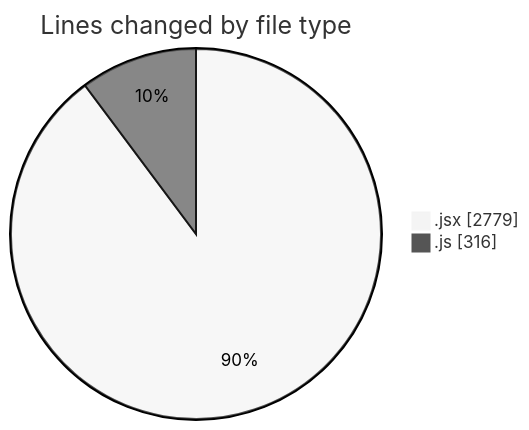
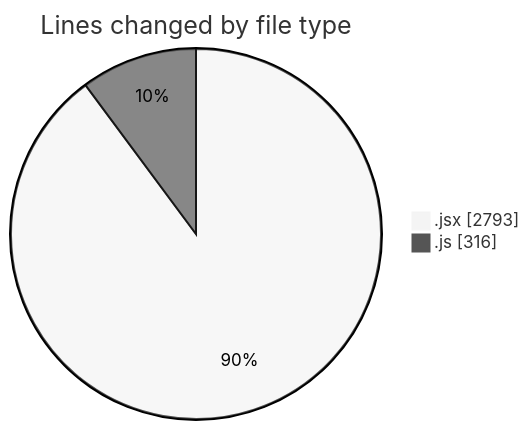
One commit to nxtqubesakshisongat/code-tracking changed the first of 2 diagrams in 2025-07-10/argos/README.md. Above: the diagram before and after it, drawn with Mermaid (neutral theme). The commit also changed other lines of this file and 1 other file, not shown here.

````diff
--- a/2025-07-10/argos/README.md
+++ b/2025-07-10/argos/README.md
@@ -25,6 +25,6 @@
 ```mermaid
 pie showData
 title Lines changed by file type
-".jsx" : 2779
+".jsx" : 2793
 ".js" : 316
 ```
````
